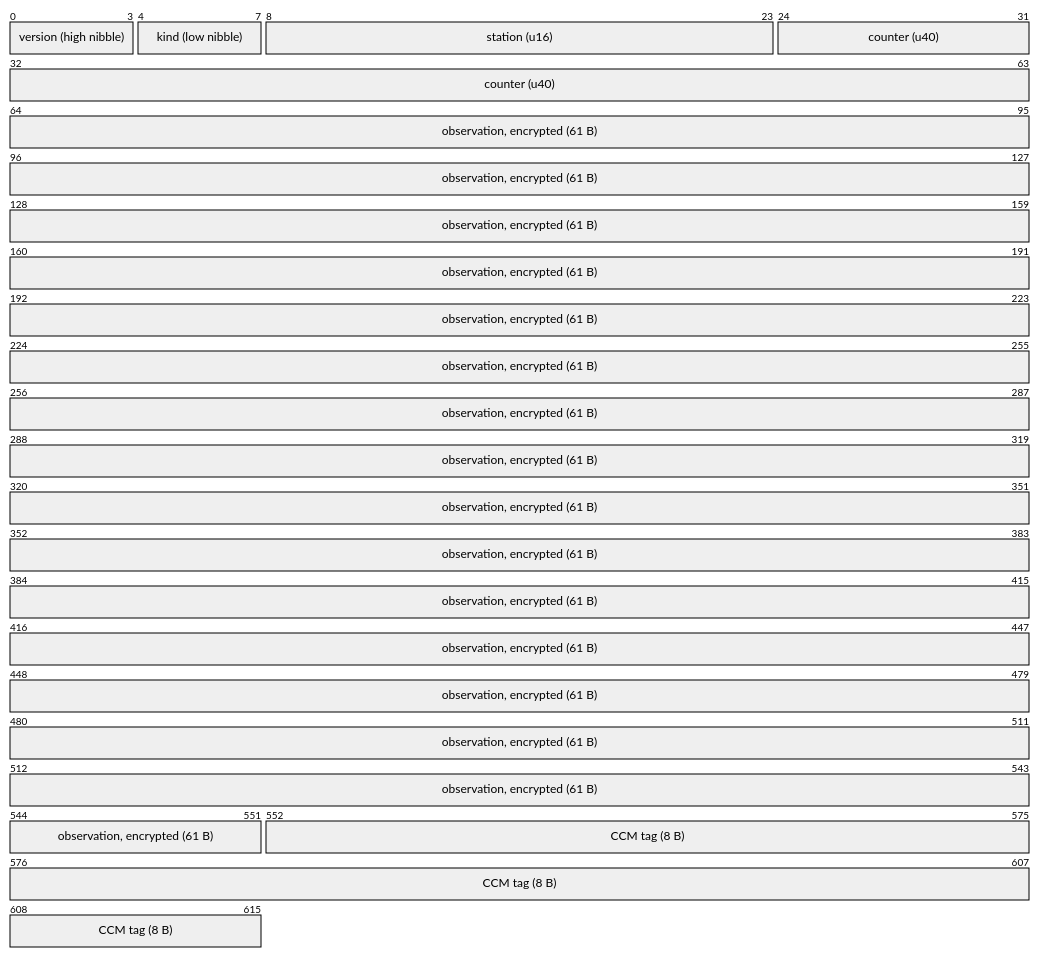
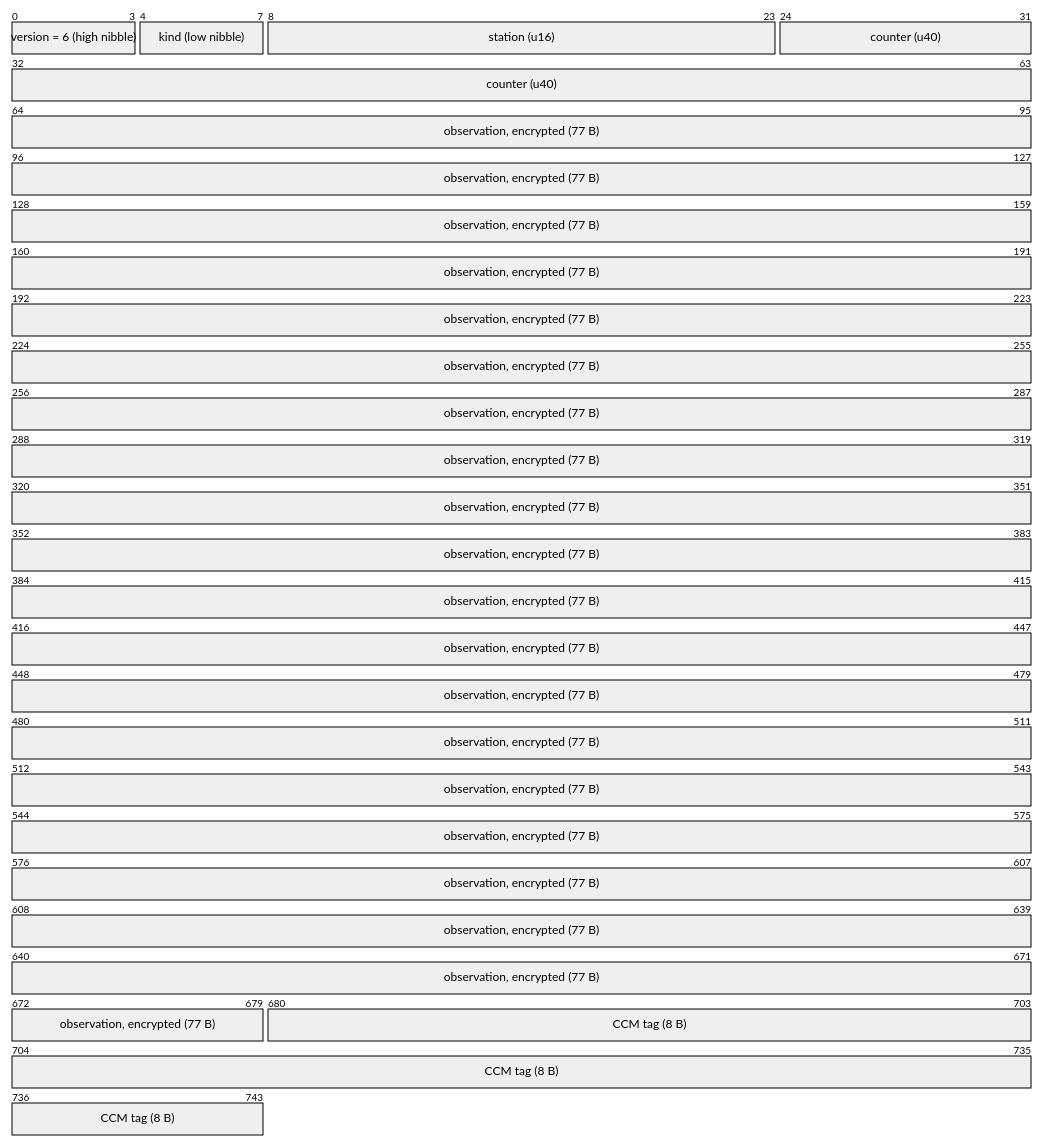
The sixth of 6 diagrams in docs/firmware-budget.md (clintecker/weather-station-2026), drawn with Mermaid before and after one commit. The commit also changed other lines of this file and 303 other files, not shown here.

````diff
--- a/docs/firmware-budget.md
+++ b/docs/firmware-budget.md
@@ -312,9 +413,9 @@
 ```mermaid
 packet-beta
-  0-3: "version (high nibble)"
+  0-3: "version = 6 (high nibble)"
   4-7: "kind (low nibble)"
   8-23: "station (u16)"
   24-63: "counter (u40)"
-  64-551: "observation, encrypted (61 B)"
-  552-615: "CCM tag (8 B)"
+  64-679: "observation, encrypted (77 B)"
+  680-743: "CCM tag (8 B)"
 ```
````
